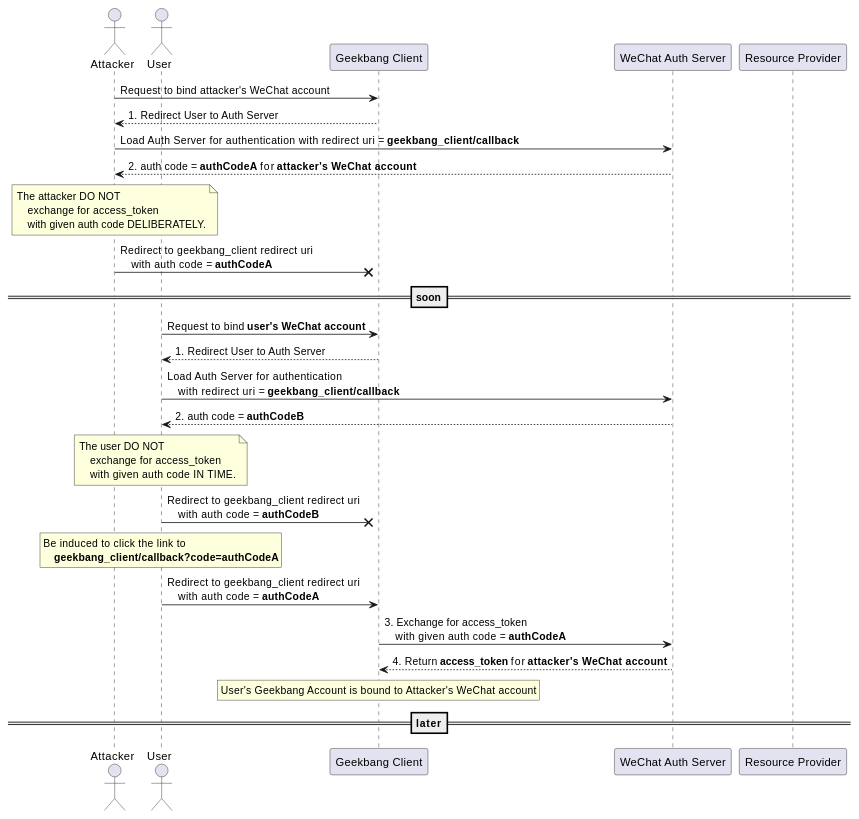
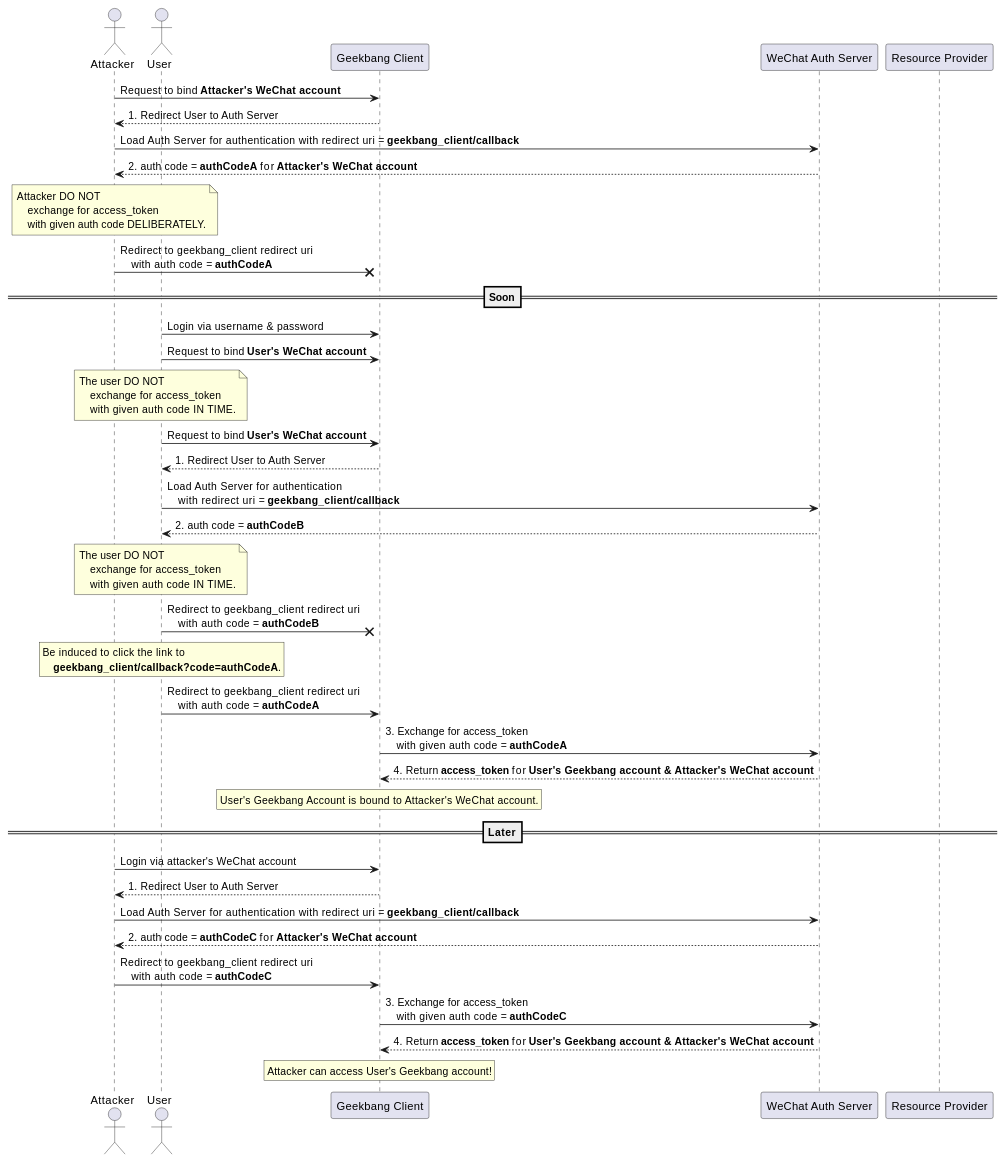
Before and after one commit to IceHe/lib: the diagram in auth/csrf-attack-on-oauth.md, drawn with PlantUML. The commit also changed other lines of this file, not shown here.

Commit message:
2021-11-04 17:08:54 Thu

````diff
--- a/auth/csrf-attack-on-oauth.md
+++ b/auth/csrf-attack-on-oauth.md
@@ -12,23 +14,33 @@
 participant auth_serv as "WeChat Auth Server"
 participant protected_res as "Resource Provider"
 
-attacker -> geekbang_client: Request to bind attacker's WeChat account
+attacker -> geekbang_client: Request to bind **Attacker's WeChat account**
 attacker <-- geekbang_client: 1. Redirect User to Auth Server
 
 attacker -> auth_serv: Load Auth Server for authentication with redirect uri = **geekbang_client/callback**
-attacker <-- auth_serv: 2. auth code = **authCodeA** for **attacker's WeChat account**
+attacker <-- auth_serv: 2. auth code = **authCodeA** for **Attacker's WeChat account**
 
 note over attacker
-    The attacker DO NOT
+    Attacker DO NOT
         exchange for access_token
         with given auth code DELIBERATELY.
 endrnote
 
 attacker -x geekbang_client: Redirect to geekbang_client redirect uri \n    with auth code = **authCodeA**
 
-==soon==
+==Soon==
 
-user -> geekbang_client: Request to bind **user's WeChat account**
+user -> geekbang_client: Login via username & password
+
+user -> geekbang_client: Request to bind **User's WeChat account**
+
+note over user
+    The user DO NOT
+        exchange for access_token
+        with given auth code IN TIME.
+endrnote
+
+user -> geekbang_client: Request to bind **User's WeChat account**
 user <-- geekbang_client: 1. Redirect User to Auth Server
 
 user -> auth_serv: Load Auth Server for authentication \n    with redirect uri = **geekbang_client/callback**
@@ -44,19 +56,34 @@
 
 rnote over user
     Be induced to click the link to
-        **geekbang_client/callback?code=authCodeA**
+        **geekbang_client/callback?code=authCodeA**.
 endrnote
 
 user -> geekbang_client: Redirect to geekbang_client redirect uri \n    with auth code = **authCodeA**
 
 geekbang_client -> auth_serv: 3. Exchange for access_token \n    with given auth code = **authCodeA**
-geekbang_client <-- auth_serv: 4. Return **access_token** for **attacker's WeChat account**
+geekbang_client <-- auth_serv: 4. Return **access_token** for **User's Geekbang account & Attacker's WeChat account**
 
 rnote over geekbang_client
-    User's Geekbang Account is bound to Attacker's WeChat account
+    User's Geekbang Account is bound to Attacker's WeChat account.
 endrnote
 
-==later==
+==Later==
+
+attacker -> geekbang_client: Login via attacker's WeChat account
+attacker <-- geekbang_client: 1. Redirect User to Auth Server
+
+attacker -> auth_serv: Load Auth Server for authentication with redirect uri = **geekbang_client/callback**
+attacker <-- auth_serv: 2. auth code = **authCodeC** for **Attacker's WeChat account**
+
+attacker -> geekbang_client: Redirect to geekbang_client redirect uri \n    with auth code = **authCodeC**
+
+geekbang_client -> auth_serv: 3. Exchange for access_token \n    with given auth code = **authCodeC**
+geekbang_client <-- auth_serv: 4. Return **access_token** for **User's Geekbang account & Attacker's WeChat account**
+
+rnote over geekbang_client
+    Attacker can access User's Geekbang account!
+endrnote
 
 @enduml
 ```
````
